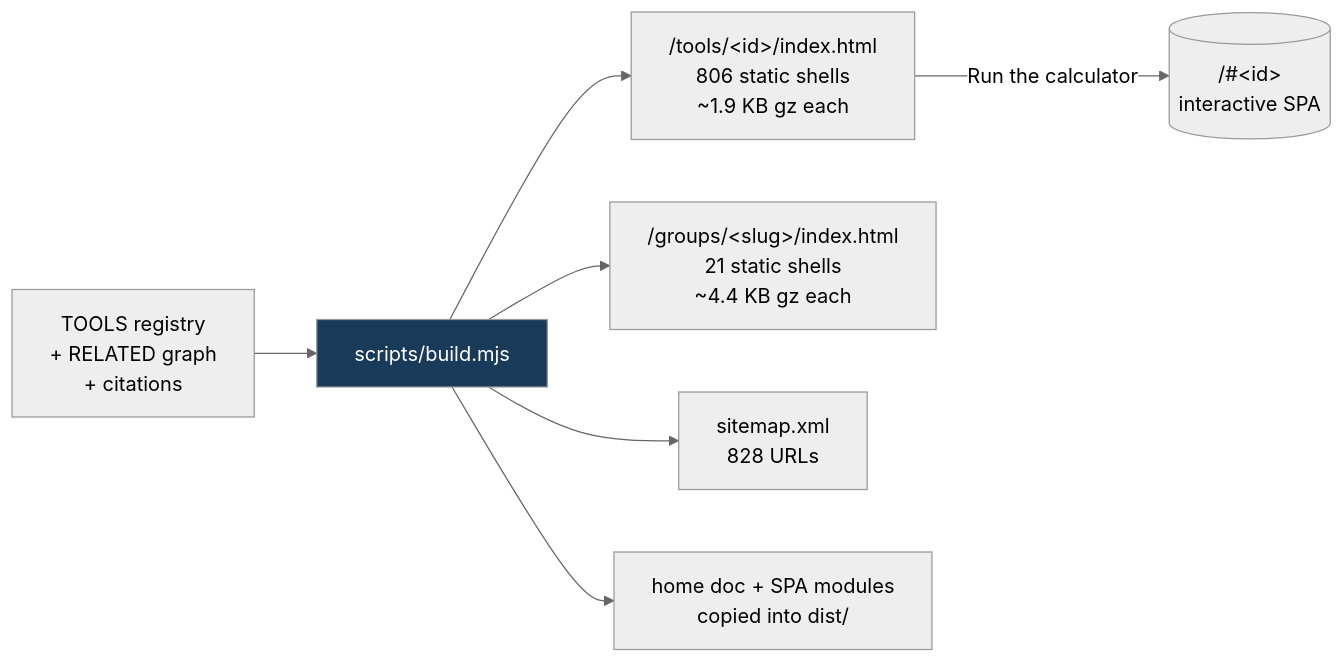
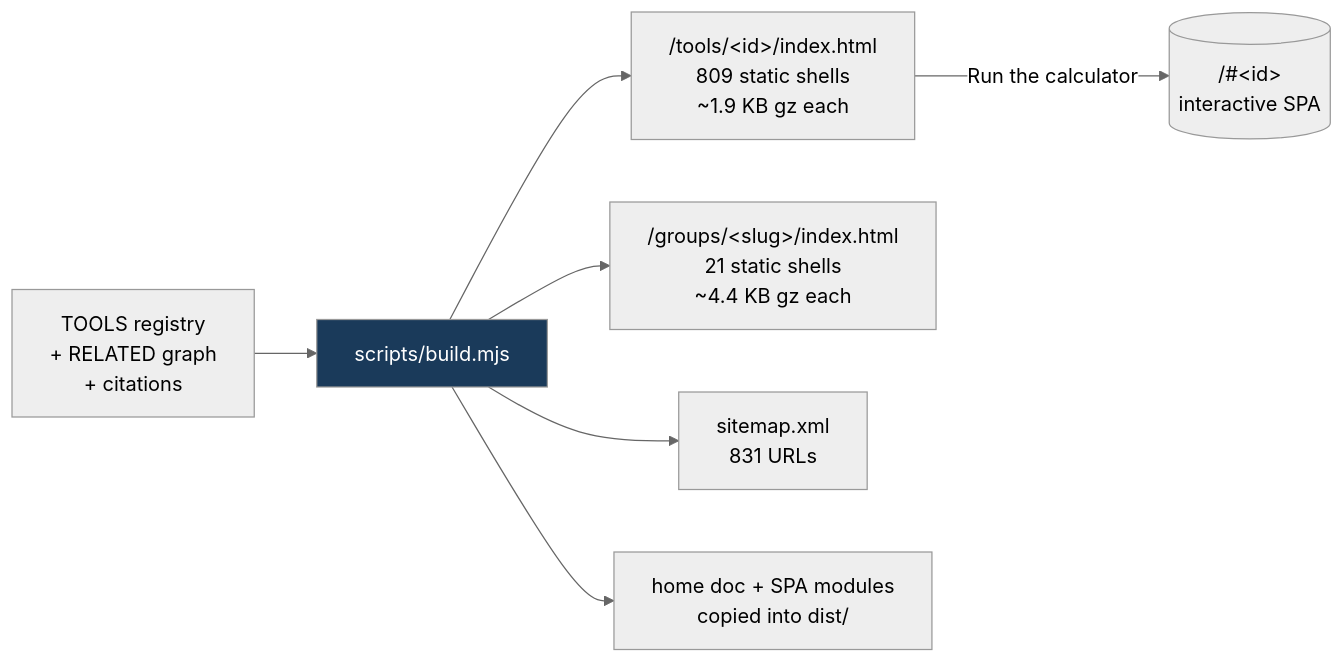
Before and after one commit to clay-good/roughlogic.com: the fifth of 8 diagrams in README.md, drawn with Mermaid (neutral theme). The commit also changed other lines of this file and 20 other files, not shown here.

````diff
--- a/README.md
+++ b/README.md
@@ -495,10 +495,10 @@
 ```mermaid
 flowchart LR
     SRC[TOOLS registry\n+ RELATED graph\n+ citations] --> BUILD[scripts/build.mjs]
-    BUILD --> TILE["/tools/&lt;id&gt;/index.html\n806 static shells\n~1.9 KB gz each"]
+    BUILD --> TILE["/tools/&lt;id&gt;/index.html\n809 static shells\n~1.9 KB gz each"]
     BUILD --> GROUP["/groups/&lt;slug&gt;/index.html\n21 static shells\n~4.4 KB gz each"]
-    BUILD --> MAP["sitemap.xml\n828 URLs"]
+    BUILD --> MAP["sitemap.xml\n831 URLs"]
     BUILD --> COPY[home doc + SPA modules\ncopied into dist/]
     TILE -->|Run the calculator| SPA[("/#&lt;id&gt;\ninteractive SPA")]
     style BUILD fill:#1a3a5a,color:#fff
 ```
````
